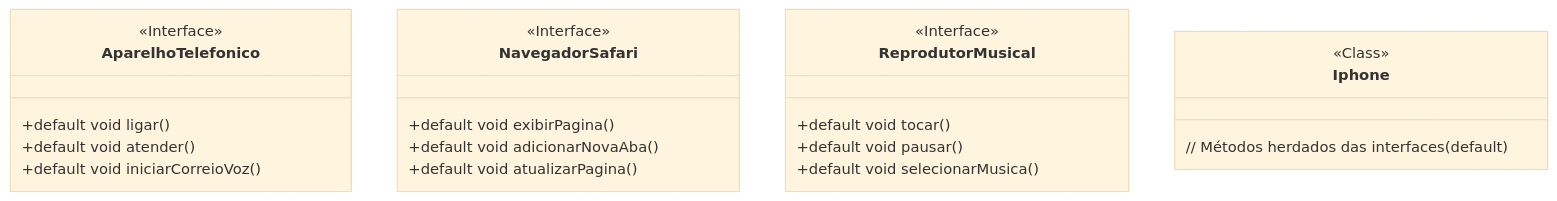
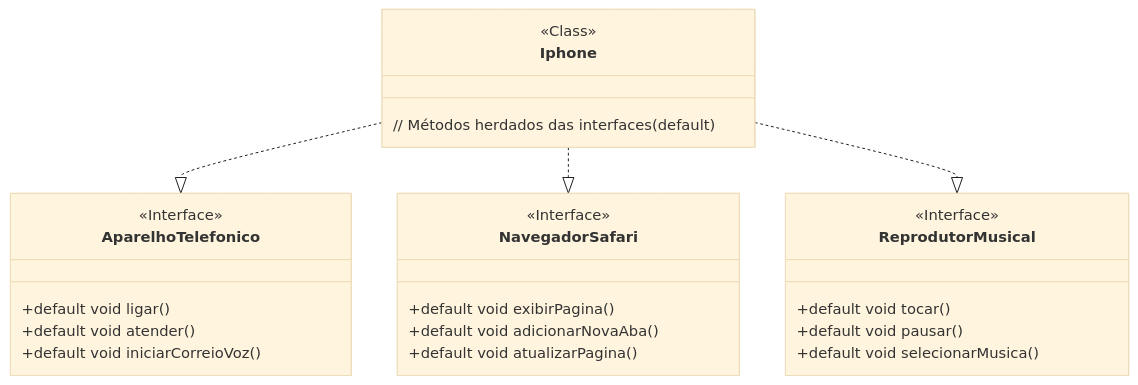
Before and after one commit to L4C3RD4/exercicio-java-iphone: the diagram in README.md, drawn with Mermaid (base theme).

````diff
--- a/README.md
+++ b/README.md
@@ -2,30 +2,35 @@
 ```mermaid
 classDiagram
 direction TB
     class AparelhoTelefonico {
 	    +default void ligar()
 	    +default void atender()
 	    +default void iniciarCorreioVoz()
     }
 
     class NavegadorSafari {
 	    +default void exibirPagina()
 	    +default void adicionarNovaAba()
 	    +default void atualizarPagina()
     }
 
     class ReprodutorMusical {
 	    +default void tocar()
 	    +default void pausar()
 	    +default void selecionarMusica()
     }
 
     class Iphone {
 	    // Métodos herdados das interfaces(default)
     }
 
 	<<Interface>> AparelhoTelefonico
 	<<Interface>> NavegadorSafari
 	<<Interface>> ReprodutorMusical
 	<<Class>> Iphone
+
+
+    Iphone ..|> AparelhoTelefonico
+    Iphone ..|> NavegadorSafari
+    Iphone ..|> ReprodutorMusical
 ```
````
